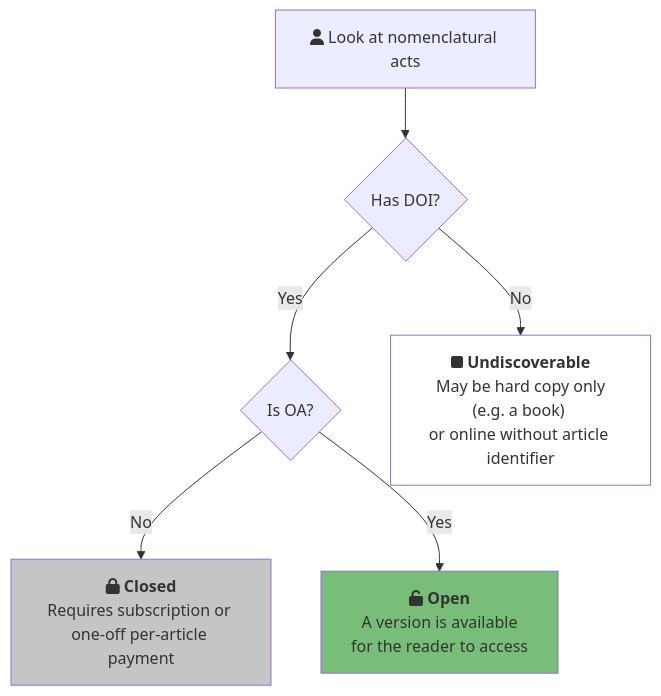
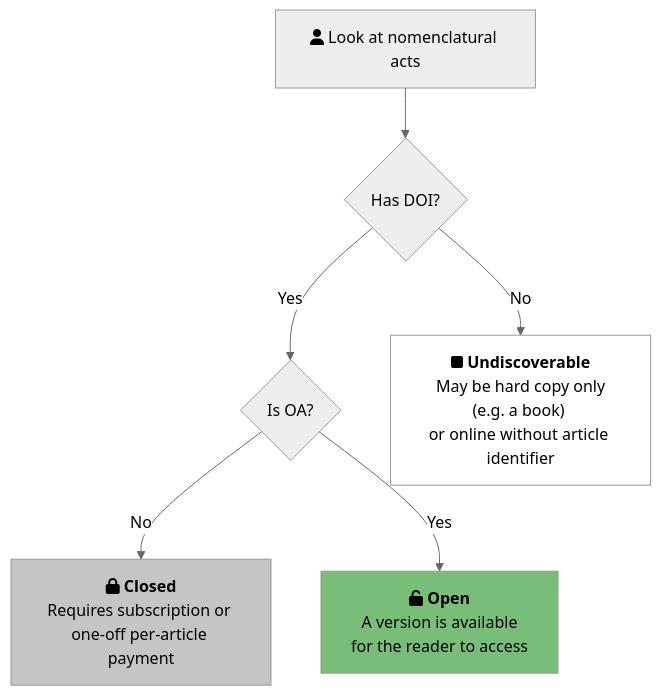
One commit to OA-WCVP/paper changed the first of 2 diagrams in 05-materials_and_methods.md. Above: the diagram before and after it, drawn with Mermaid. The commit also changed other lines of this file, not shown here.

Commit message:
Mod mermaid theme

````diff
--- a/05-materials_and_methods.md
+++ b/05-materials_and_methods.md
@@ -9,19 +9,20 @@
 ```{.mermaid caption="Category assignment - all records"}
+%%{init: {'theme': 'neutral' } }%%
 graph TD
     Start[fa:fa-user Look at nomenclatural acts] --> HasDOI
     HasDOI{"Has DOI?"}
     HasDOI --> |Yes|IsOA{"Is OA?"}
     HasDOI --> |No| Undiscoverable["fa:fa-stop <b>Undiscoverable</b><br/> May be hard copy only (e.g. a book) <br/>or online without article identifier"]
     IsOA -->|No| Closed[fa:fa-lock <b>Closed</b><br/>Requires subscription or <br/>one-off per-article payment]
     IsOA -->|Yes| Open[fa:fa-unlock <b>Open</b><br/>A version is available <br/>for the reader to access]
 
 classDef Undiscoverable fill:white;
     class Undiscoverable Undiscoverable;
 
 classDef Closed fill:#c5c5c5;
     class Closed Closed;
 
 classDef Open fill:#79be78;
     class Open Open;
 
 ```
````
